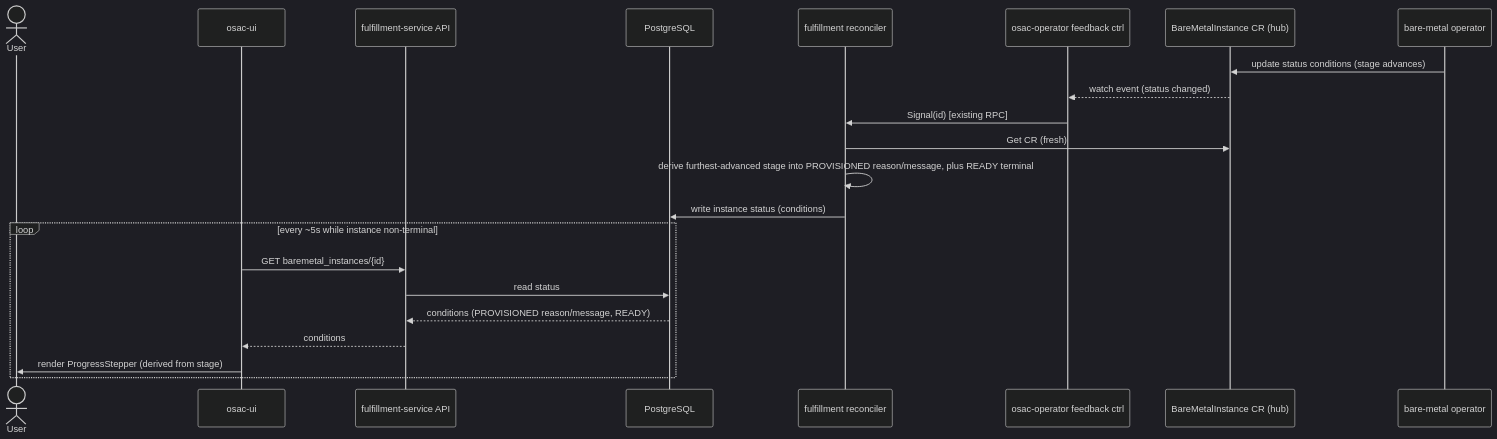
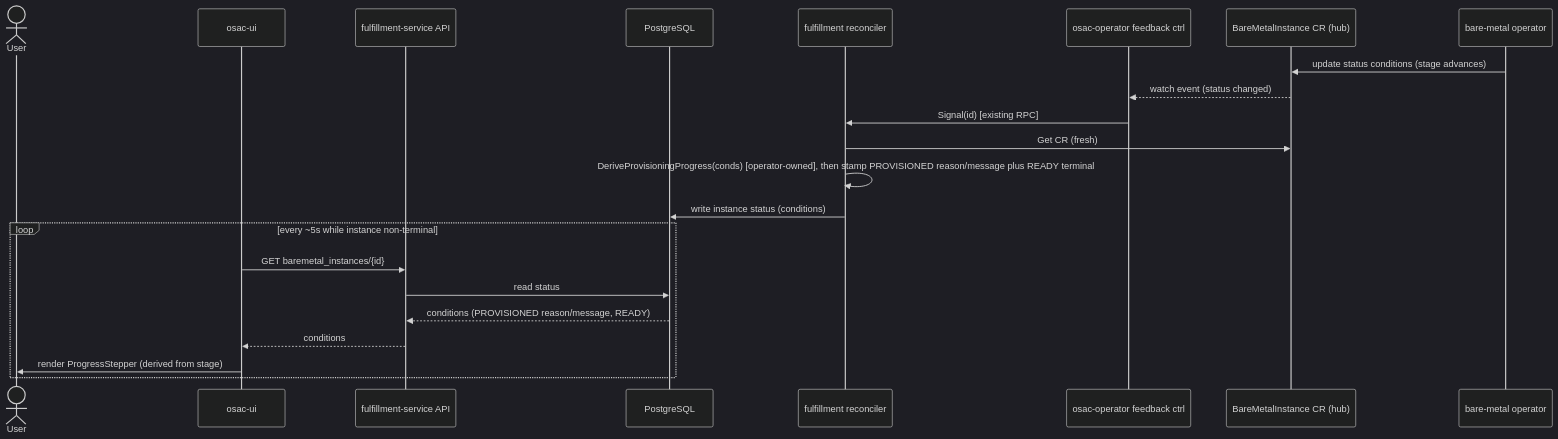
One commit to osac-project/enhancement-proposals changed the first of 2 diagrams in enhancements/OSAC-3459-bmaas-provisioning-progress/design.md. Above: the diagram before and after it, drawn with Mermaid (dark theme). The commit also changed other lines of this file and 1 other file, not shown here.

First line of the commit message:
OSAC-3459: move BMaaS stage derivation to an operator-owned shared function

````diff
--- a/enhancements/OSAC-3459-bmaas-provisioning-progress/design.md
+++ b/enhancements/OSAC-3459-bmaas-provisioning-progress/design.md
@@ -233,25 +256,25 @@
 ```mermaid
 sequenceDiagram
     actor User
     participant UI as osac-ui
     participant API as fulfillment-service API
     participant DB as PostgreSQL
     participant Rec as fulfillment reconciler
     participant FB as osac-operator feedback ctrl
     participant Hub as BareMetalInstance CR (hub)
     participant Op as bare-metal operator
 
     Op->>Hub: update status conditions (stage advances)
     Hub-->>FB: watch event (status changed)
     FB->>Rec: Signal(id) [existing RPC]
     Rec->>Hub: Get CR (fresh)
-    Rec->>Rec: derive furthest-advanced stage into PROVISIONED reason/message, plus READY terminal
+    Rec->>Rec: DeriveProvisioningProgress(conds) [operator-owned], then stamp PROVISIONED reason/message plus READY terminal
     Rec->>DB: write instance status (conditions)
     loop every ~5s while instance non-terminal
         UI->>API: GET baremetal_instances/{id}
         API->>DB: read status
         DB-->>API: conditions (PROVISIONED reason/message, READY)
         API-->>UI: conditions
         UI->>User: render ProgressStepper (derived from stage)
     end
 ```
````
